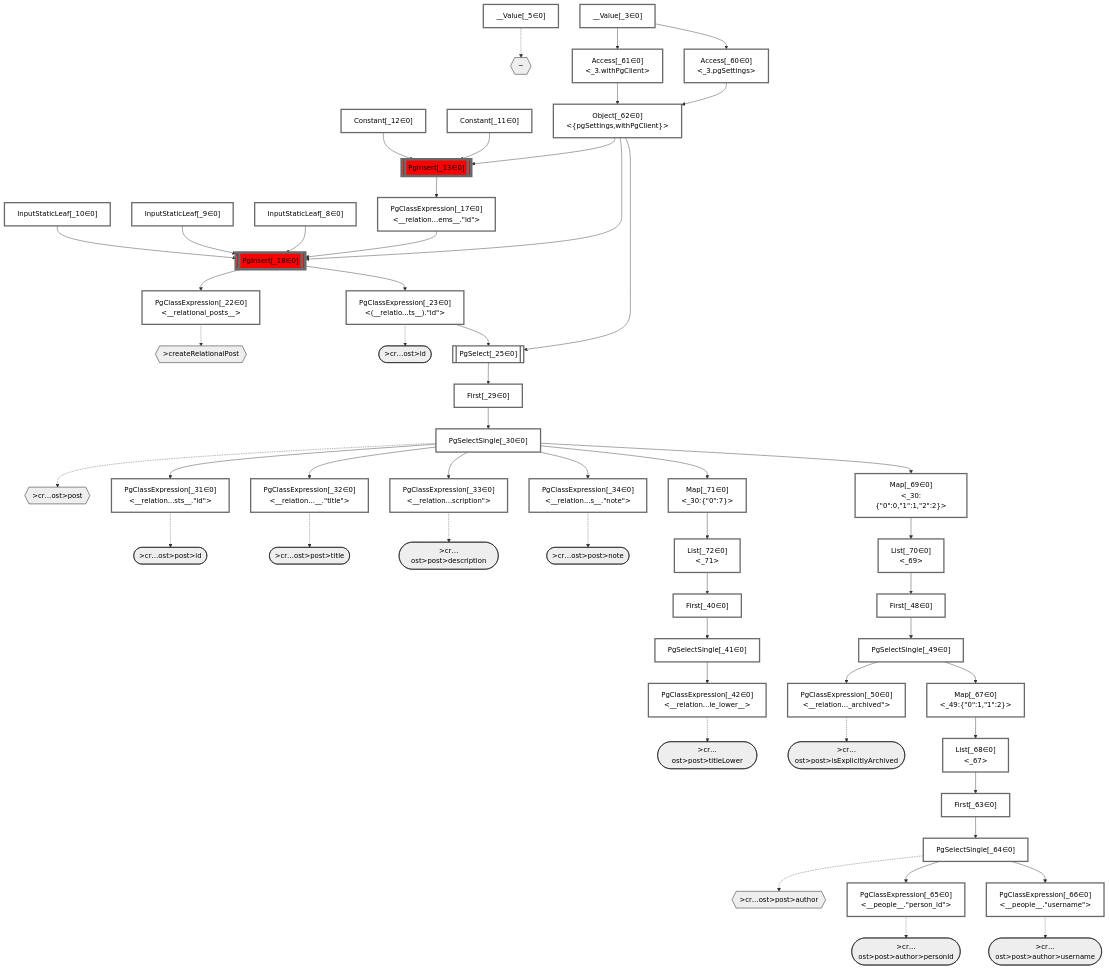
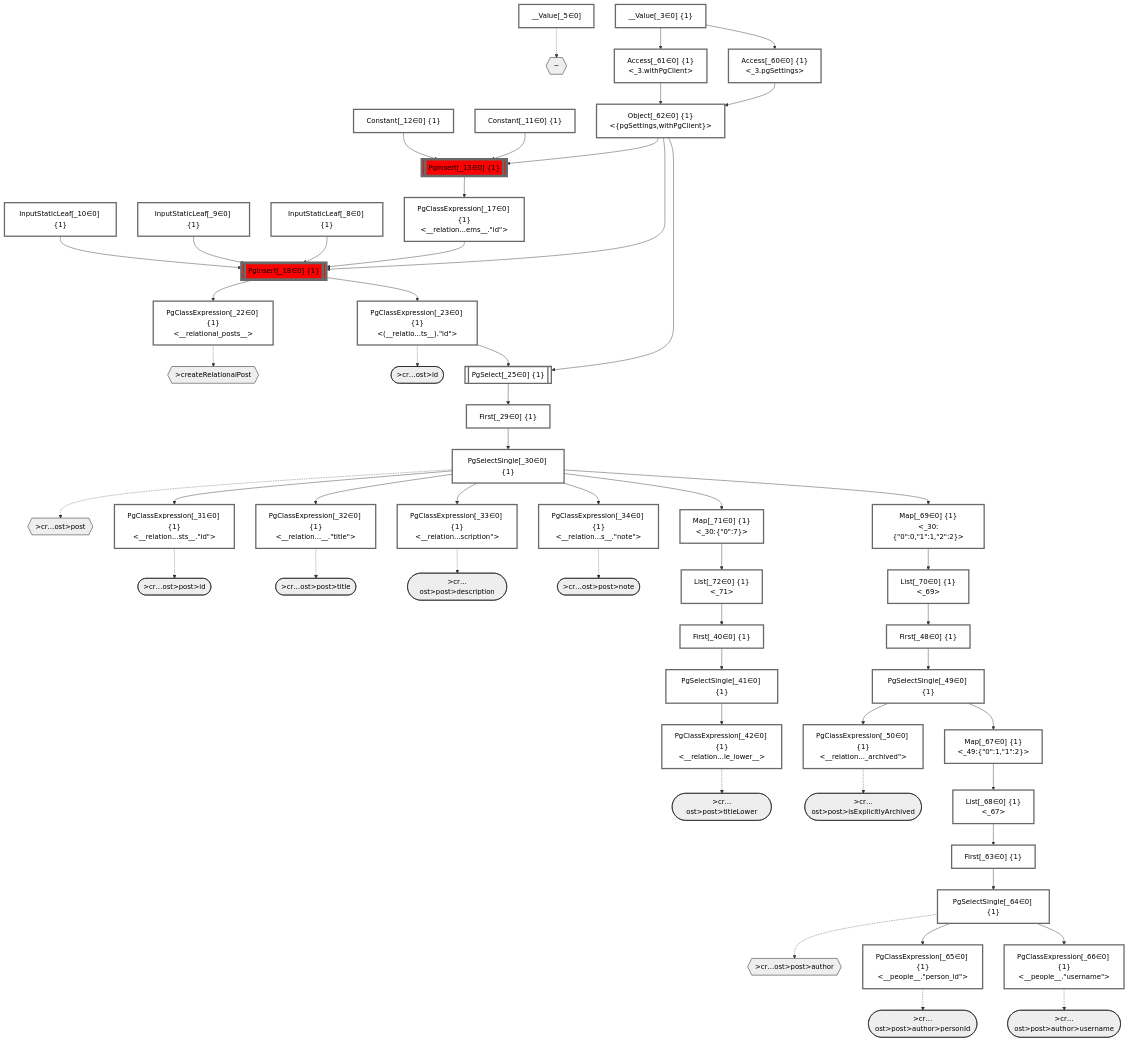
One commit to graphile/crystal changed the diagram in packages/dataplan-pg/__tests__/mutations/basics/create-relational-post.mermaid.md. Above: the diagram before and after it, drawn with Mermaid. The commit also changed 46 other files, not shown here.

Commit message:
Add groupIds to plan graphs

```diff
--- a/packages/dataplan-pg/__tests__/mutations/basics/create-relational-post.mermaid.md
+++ b/packages/dataplan-pg/__tests__/mutations/basics/create-relational-post.mermaid.md
@@ -34,44 +34,44 @@
     %% end
 
     %% define plans
-    __Value_3["__Value[_3∈0]<br /><context>"]:::plan
+    __Value_3["__Value[_3∈0] {1}<br /><context>"]:::plan
     __Value_5["__Value[_5∈0]<br /><rootValue>"]:::plan
-    InputStaticLeaf_8["InputStaticLeaf[_8∈0]"]:::plan
-    InputStaticLeaf_9["InputStaticLeaf[_9∈0]"]:::plan
-    InputStaticLeaf_10["InputStaticLeaf[_10∈0]"]:::plan
-    Constant_11["Constant[_11∈0]"]:::plan
-    Constant_12["Constant[_12∈0]"]:::plan
-    PgInsert_13[["PgInsert[_13∈0]"]]:::sideeffectplan
-    PgClassExpression_17["PgClassExpression[_17∈0]<br /><__relation...ems__.#quot;id#quot;>"]:::plan
-    PgInsert_18[["PgInsert[_18∈0]"]]:::sideeffectplan
-    PgClassExpression_22["PgClassExpression[_22∈0]<br /><__relational_posts__>"]:::plan
-    PgClassExpression_23["PgClassExpression[_23∈0]<br /><(__relatio...ts__).#quot;id#quot;>"]:::plan
-    PgSelect_25[["PgSelect[_25∈0]<br /><relational_posts>"]]:::plan
-    First_29["First[_29∈0]"]:::plan
-    PgSelectSingle_30["PgSelectSingle[_30∈0]<br /><relational_posts>"]:::plan
-    PgClassExpression_31["PgClassExpression[_31∈0]<br /><__relation...sts__.#quot;id#quot;>"]:::plan
-    PgClassExpression_32["PgClassExpression[_32∈0]<br /><__relation...__.#quot;title#quot;>"]:::plan
-    PgClassExpression_33["PgClassExpression[_33∈0]<br /><__relation...scription#quot;>"]:::plan
-    PgClassExpression_34["PgClassExpression[_34∈0]<br /><__relation...s__.#quot;note#quot;>"]:::plan
-    First_40["First[_40∈0]"]:::plan
-    PgSelectSingle_41["PgSelectSingle[_41∈0]<br /><text>"]:::plan
-    PgClassExpression_42["PgClassExpression[_42∈0]<br /><__relation...le_lower__>"]:::plan
-    First_48["First[_48∈0]"]:::plan
-    PgSelectSingle_49["PgSelectSingle[_49∈0]<br /><relational_items>"]:::plan
-    PgClassExpression_50["PgClassExpression[_50∈0]<br /><__relation..._archived#quot;>"]:::plan
-    Access_60["Access[_60∈0]<br /><_3.pgSettings>"]:::plan
-    Access_61["Access[_61∈0]<br /><_3.withPgClient>"]:::plan
-    Object_62["Object[_62∈0]<br /><{pgSettings,withPgClient}>"]:::plan
-    First_63["First[_63∈0]"]:::plan
-    PgSelectSingle_64["PgSelectSingle[_64∈0]<br /><people>"]:::plan
-    PgClassExpression_65["PgClassExpression[_65∈0]<br /><__people__.#quot;person_id#quot;>"]:::plan
-    PgClassExpression_66["PgClassExpression[_66∈0]<br /><__people__.#quot;username#quot;>"]:::plan
-    Map_67["Map[_67∈0]<br /><_49:{#quot;0#quot;:1,#quot;1#quot;:2}>"]:::plan
-    List_68["List[_68∈0]<br /><_67>"]:::plan
-    Map_69["Map[_69∈0]<br /><_30:{#quot;0#quot;:0,#quot;1#quot;:1,#quot;2#quot;:2}>"]:::plan
-    List_70["List[_70∈0]<br /><_69>"]:::plan
-    Map_71["Map[_71∈0]<br /><_30:{#quot;0#quot;:7}>"]:::plan
-    List_72["List[_72∈0]<br /><_71>"]:::plan
+    InputStaticLeaf_8["InputStaticLeaf[_8∈0] {1}"]:::plan
+    InputStaticLeaf_9["InputStaticLeaf[_9∈0] {1}"]:::plan
+    InputStaticLeaf_10["InputStaticLeaf[_10∈0] {1}"]:::plan
+    Constant_11["Constant[_11∈0] {1}"]:::plan
+    Constant_12["Constant[_12∈0] {1}"]:::plan
+    PgInsert_13[["PgInsert[_13∈0] {1}"]]:::sideeffectplan
+    PgClassExpression_17["PgClassExpression[_17∈0] {1}<br /><__relation...ems__.#quot;id#quot;>"]:::plan
+    PgInsert_18[["PgInsert[_18∈0] {1}"]]:::sideeffectplan
+    PgClassExpression_22["PgClassExpression[_22∈0] {1}<br /><__relational_posts__>"]:::plan
+    PgClassExpression_23["PgClassExpression[_23∈0] {1}<br /><(__relatio...ts__).#quot;id#quot;>"]:::plan
+    PgSelect_25[["PgSelect[_25∈0] {1}<br /><relational_posts>"]]:::plan
+    First_29["First[_29∈0] {1}"]:::plan
+    PgSelectSingle_30["PgSelectSingle[_30∈0] {1}<br /><relational_posts>"]:::plan
+    PgClassExpression_31["PgClassExpression[_31∈0] {1}<br /><__relation...sts__.#quot;id#quot;>"]:::plan
+    PgClassExpression_32["PgClassExpression[_32∈0] {1}<br /><__relation...__.#quot;title#quot;>"]:::plan
+    PgClassExpression_33["PgClassExpression[_33∈0] {1}<br /><__relation...scription#quot;>"]:::plan
+    PgClassExpression_34["PgClassExpression[_34∈0] {1}<br /><__relation...s__.#quot;note#quot;>"]:::plan
+    First_40["First[_40∈0] {1}"]:::plan
+    PgSelectSingle_41["PgSelectSingle[_41∈0] {1}<br /><text>"]:::plan
+    PgClassExpression_42["PgClassExpression[_42∈0] {1}<br /><__relation...le_lower__>"]:::plan
+    First_48["First[_48∈0] {1}"]:::plan
+    PgSelectSingle_49["PgSelectSingle[_49∈0] {1}<br /><relational_items>"]:::plan
+    PgClassExpression_50["PgClassExpression[_50∈0] {1}<br /><__relation..._archived#quot;>"]:::plan
+    Access_60["Access[_60∈0] {1}<br /><_3.pgSettings>"]:::plan
+    Access_61["Access[_61∈0] {1}<br /><_3.withPgClient>"]:::plan
+    Object_62["Object[_62∈0] {1}<br /><{pgSettings,withPgClient}>"]:::plan
+    First_63["First[_63∈0] {1}"]:::plan
+    PgSelectSingle_64["PgSelectSingle[_64∈0] {1}<br /><people>"]:::plan
+    PgClassExpression_65["PgClassExpression[_65∈0] {1}<br /><__people__.#quot;person_id#quot;>"]:::plan
+    PgClassExpression_66["PgClassExpression[_66∈0] {1}<br /><__people__.#quot;username#quot;>"]:::plan
+    Map_67["Map[_67∈0] {1}<br /><_49:{#quot;0#quot;:1,#quot;1#quot;:2}>"]:::plan
+    List_68["List[_68∈0] {1}<br /><_67>"]:::plan
+    Map_69["Map[_69∈0] {1}<br /><_30:{#quot;0#quot;:0,#quot;1#quot;:1,#quot;2#quot;:2}>"]:::plan
+    List_70["List[_70∈0] {1}<br /><_69>"]:::plan
+    Map_71["Map[_71∈0] {1}<br /><_30:{#quot;0#quot;:7}>"]:::plan
+    List_72["List[_72∈0] {1}<br /><_71>"]:::plan
 
     %% plan dependencies
     Object_62 --> PgInsert_13
```
